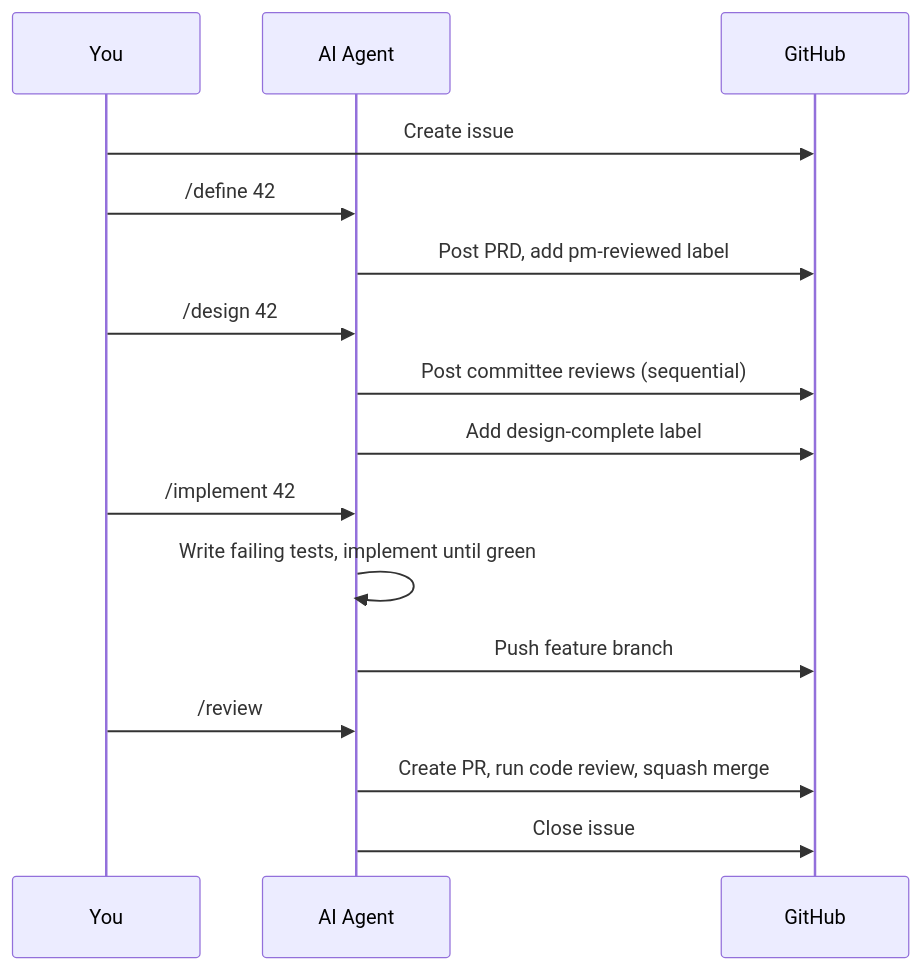
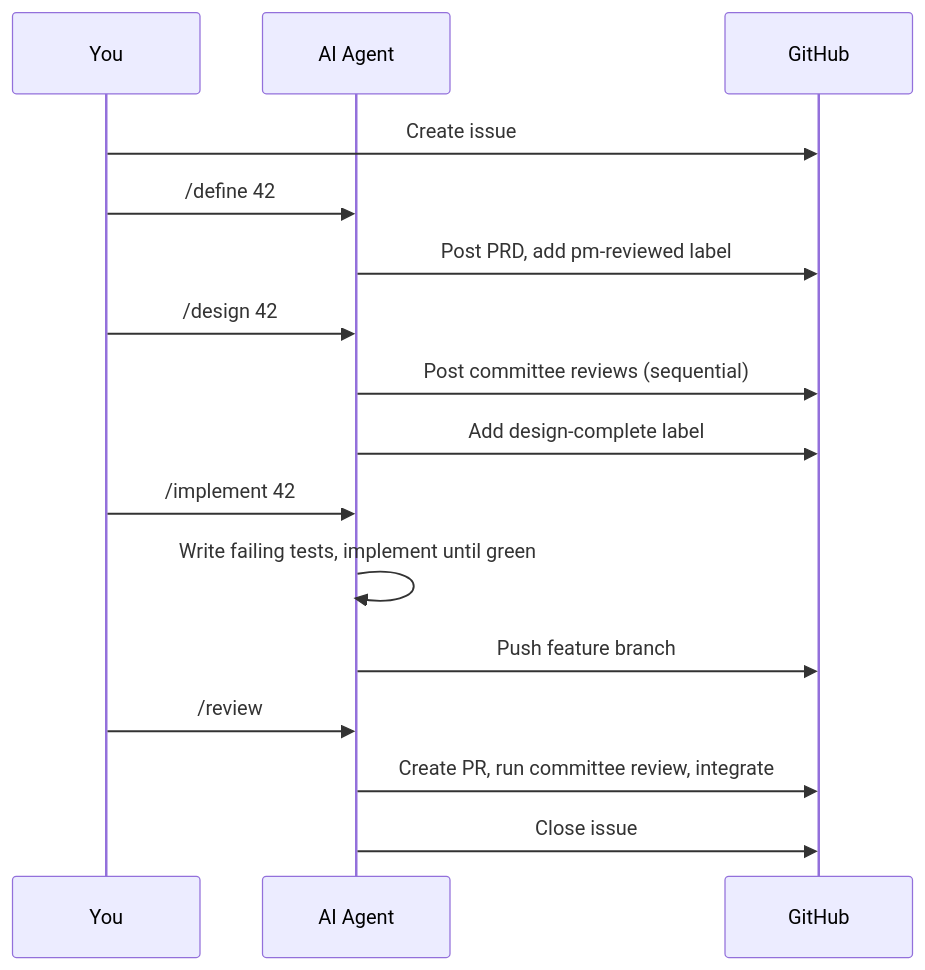
The diagram in docs/getting-started.md (suniljames/directives), drawn with Mermaid before and after one commit. The commit also changed other lines of this file and 10 other files, not shown here.

````diff
--- a/docs/getting-started.md
+++ b/docs/getting-started.md
@@ -123,19 +123,19 @@
 ```mermaid
 sequenceDiagram
     participant You
     participant AI as AI Agent
     participant GH as GitHub
 
     You->>GH: Create issue
     You->>AI: /define 42
     AI->>GH: Post PRD, add pm-reviewed label
     You->>AI: /design 42
     AI->>GH: Post committee reviews (sequential)
     AI->>GH: Add design-complete label
     You->>AI: /implement 42
     AI->>AI: Write failing tests, implement until green
     AI->>GH: Push feature branch
     You->>AI: /review
-    AI->>GH: Create PR, run code review, squash merge
+    AI->>GH: Create PR, run committee review, integrate
     AI->>GH: Close issue
 ```
````
